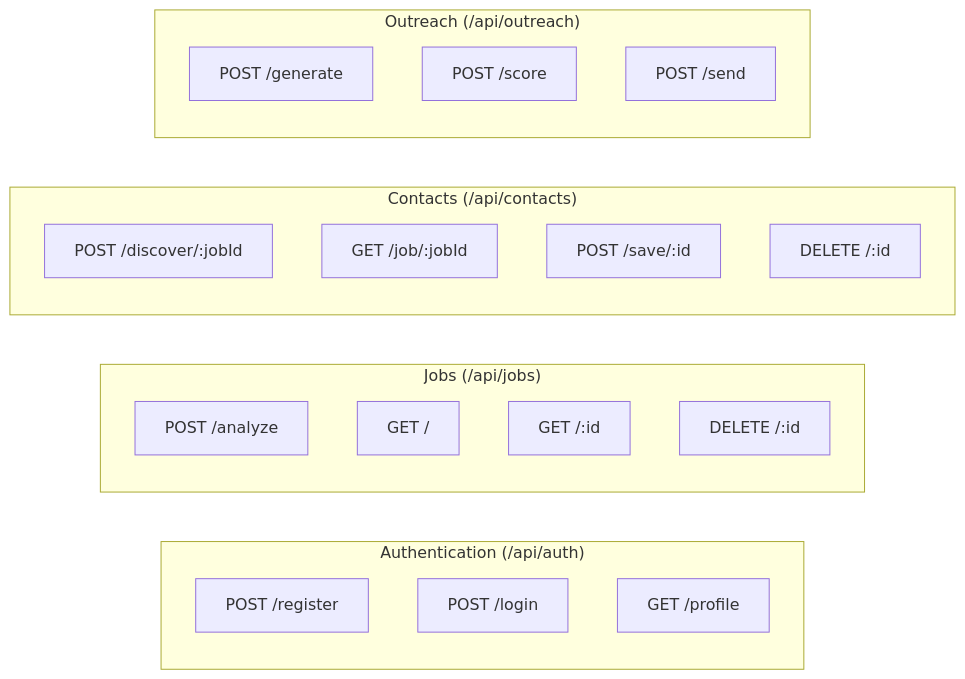
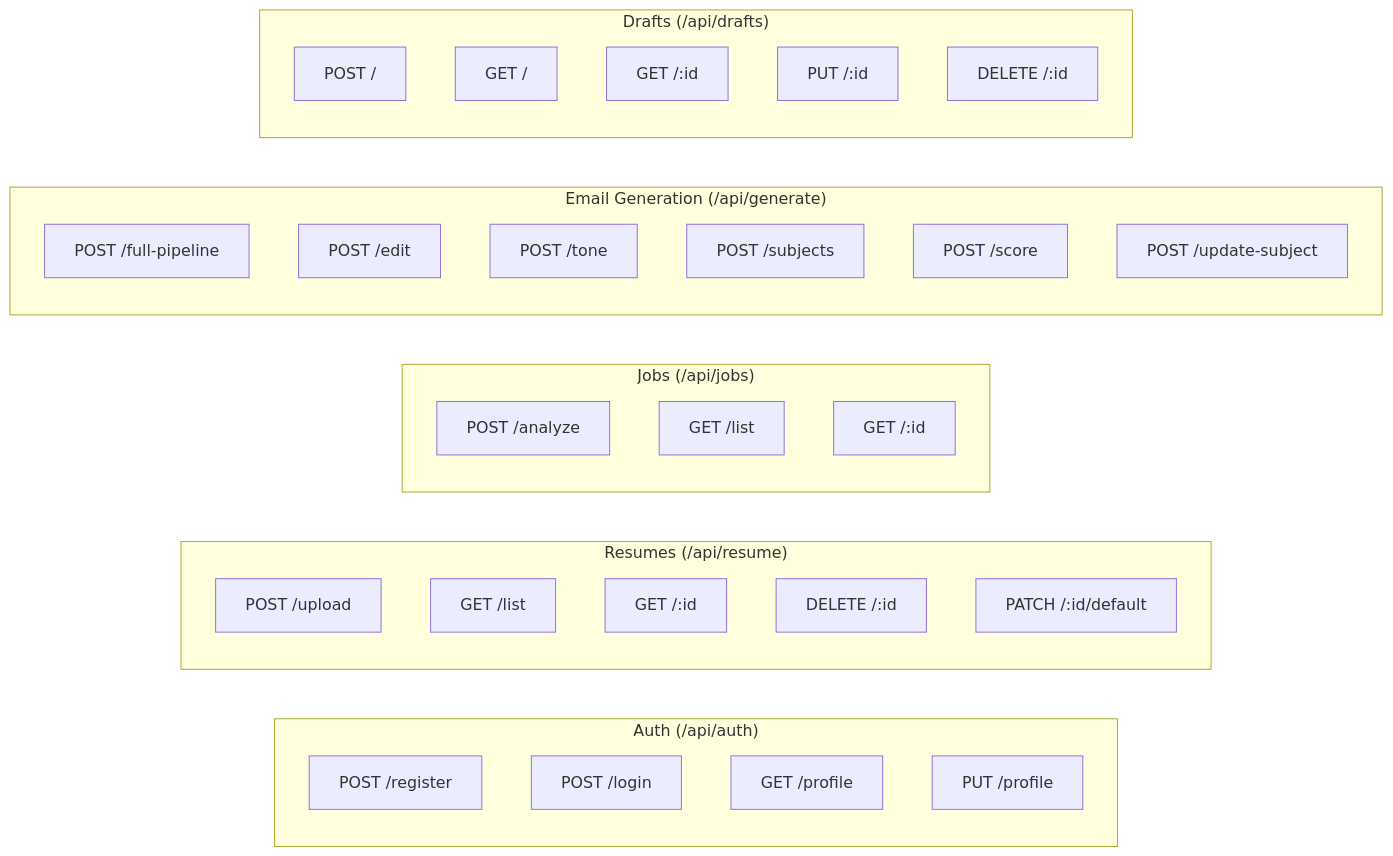
The diagram in docs/API_DOCUMENTATION.md (tamal006/cold-email-ai-agent), drawn with Mermaid before and after one commit. The commit also changed other lines of this file and 107 other files, not shown here.

````diff
--- a/docs/API_DOCUMENTATION.md
+++ b/docs/API_DOCUMENTATION.md
@@ -21,25 +14,36 @@
 ```mermaid
 graph LR
-    subgraph AuthGroup ["Authentication (/api/auth)"]
+    subgraph AuthGroup ["Auth (/api/auth)"]
         Register[POST /register]
         Login[POST /login]
         Profile[GET /profile]
-      end
+        ProfileUpdate[PUT /profile]
+    end
+    subgraph ResumeGroup ["Resumes (/api/resume)"]
+        Upload[POST /upload]
+        ListResumes[GET /list]
+        GetResume[GET /:id]
+        DeleteResume[DELETE /:id]
+        DefaultResume[PATCH /:id/default]
+    end
     subgraph JobsGroup ["Jobs (/api/jobs)"]
-        Analyze[POST /analyze]
-        GetJobs[GET /]
-        GetJob[GET /:id]
-        DeleteJob[DELETE /:id]
-      end
-    subgraph ContactsGroup ["Contacts (/api/contacts)"]
-        Discover[POST /discover/:jobId]
-        GetContacts[GET /job/:jobId]
-        SaveContact[POST /save/:id]
-        DeleteContact[DELETE /:id]
-      end
-    subgraph OutreachGroup ["Outreach (/api/outreach)"]
-        OutreachGen[POST /generate]
-        OutreachScore[POST /score]
-        OutreachSend[POST /send]
-      end
+        JobAnalyze[POST /analyze]
+        JobList[GET /list]
+        JobDetail[GET /:id]
+    end
+    subgraph GenerateGroup ["Email Generation (/api/generate)"]
+        FullPipeline[POST /full-pipeline]
+        AIChatEdit[POST /edit]
+        ChangeTone[POST /tone]
+        RegenSubjects[POST /subjects]
+        ScoreEmail[POST /score]
+        UpdateSubject[POST /update-subject]
+    end
+    subgraph DraftGroup ["Drafts (/api/drafts)"]
+        CreateDraft[POST /]
+        ListDrafts[GET /]
+        GetDraft[GET /:id]
+        UpdateDraft[PUT /:id]
+        DeleteDraft[DELETE /:id]
+    end
 ```
````
